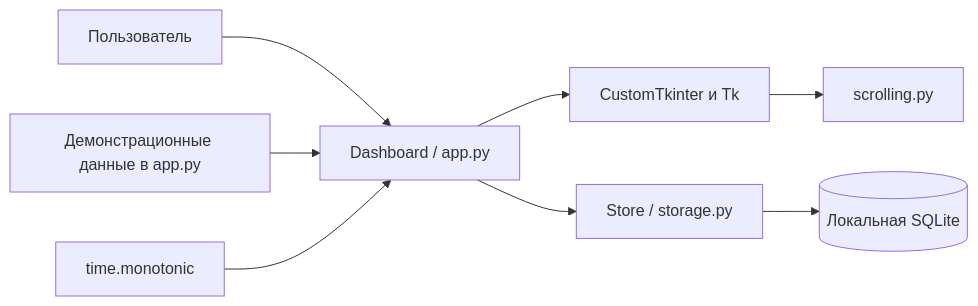
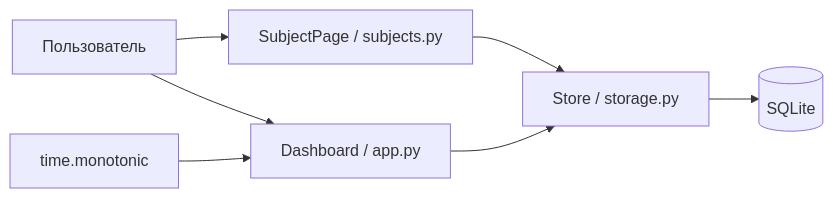
One commit to turcinv/SOSkuska changed the diagram in docs/ru/CURRENT_ARCHITECTURE.md. Above: the diagram before and after it, drawn with Mermaid. The commit also changed other lines of this file and 30 other files, not shown here.

First line of the commit message:
Add persistent subject management and a real study dashboard (#1)

````diff
--- a/docs/ru/CURRENT_ARCHITECTURE.md
+++ b/docs/ru/CURRENT_ARCHITECTURE.md
@@ -22,10 +21,9 @@
 ```mermaid
 flowchart LR
-    User[Пользователь] --> UI[Dashboard / app.py]
-    UI --> Widgets[CustomTkinter и Tk]
-    Widgets --> Scroll[scrolling.py]
-    UI --> Store[Store / storage.py]
-    Store --> DB[(Локальная SQLite)]
-    Samples[Демонстрационные данные в app.py] --> UI
-    Clock[time.monotonic] --> UI
+    User[Пользователь] --> Dashboard[Dashboard / app.py]
+    User --> Subjects[SubjectPage / subjects.py]
+    Subjects --> Store[Store / storage.py]
+    Dashboard --> Store
+    Store --> DB[(SQLite)]
+    Clock[time.monotonic] --> Dashboard
 ```
````
